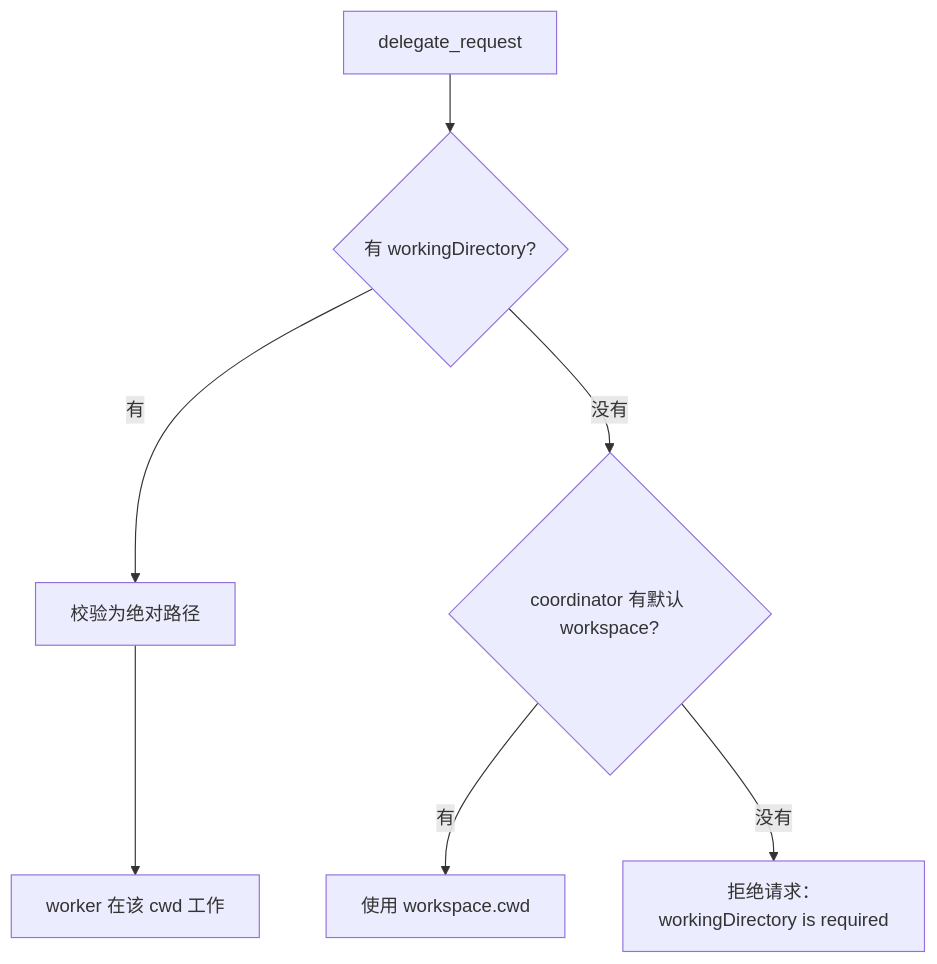
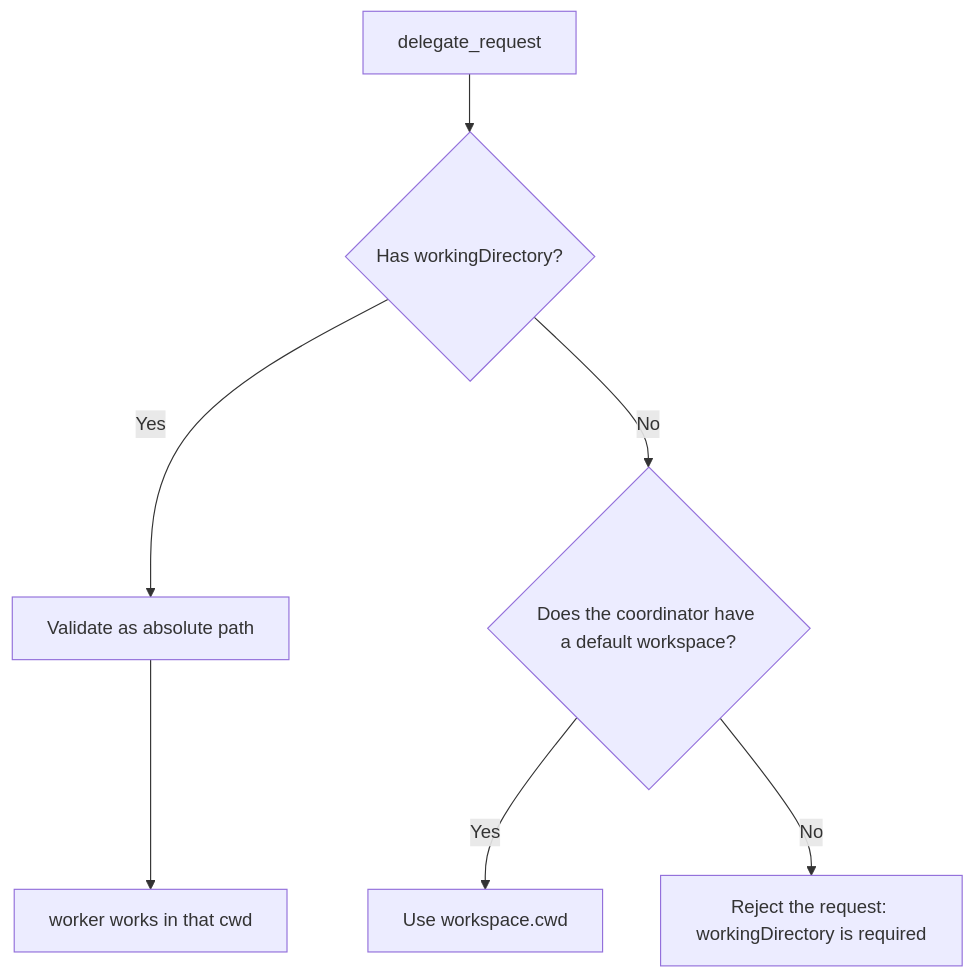
The third of 4 diagrams in docs/external-mcp.md (gadzan/weacpx), drawn with Mermaid before and after one commit. The commit also changed other lines of this file and 35 other files, not shown here.

````diff
--- a/docs/external-mcp.md
+++ b/docs/external-mcp.md
@@ -223,9 +223,9 @@
 ```mermaid
 flowchart TD
-  A[delegate_request] --> B{有 workingDirectory?}
-  B -->|有| C[校验为绝对路径]
-  C --> D[worker 在该 cwd 工作]
-  B -->|没有| E{coordinator 有默认 workspace?}
-  E -->|有| F[使用 workspace.cwd]
-  E -->|没有| G[拒绝请求：workingDirectory is required]
+  A[delegate_request] --> B{Has workingDirectory?}
+  B -->|Yes| C[Validate as absolute path]
+  C --> D[worker works in that cwd]
+  B -->|No| E{Does the coordinator have a default workspace?}
+  E -->|Yes| F[Use workspace.cwd]
+  E -->|No| G[Reject the request: workingDirectory is required]
 ```
````
